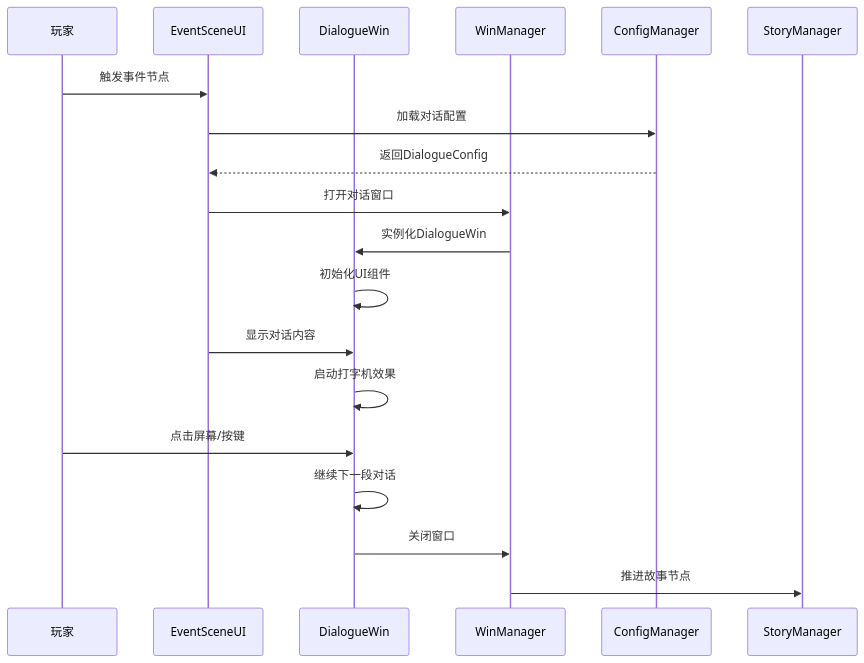
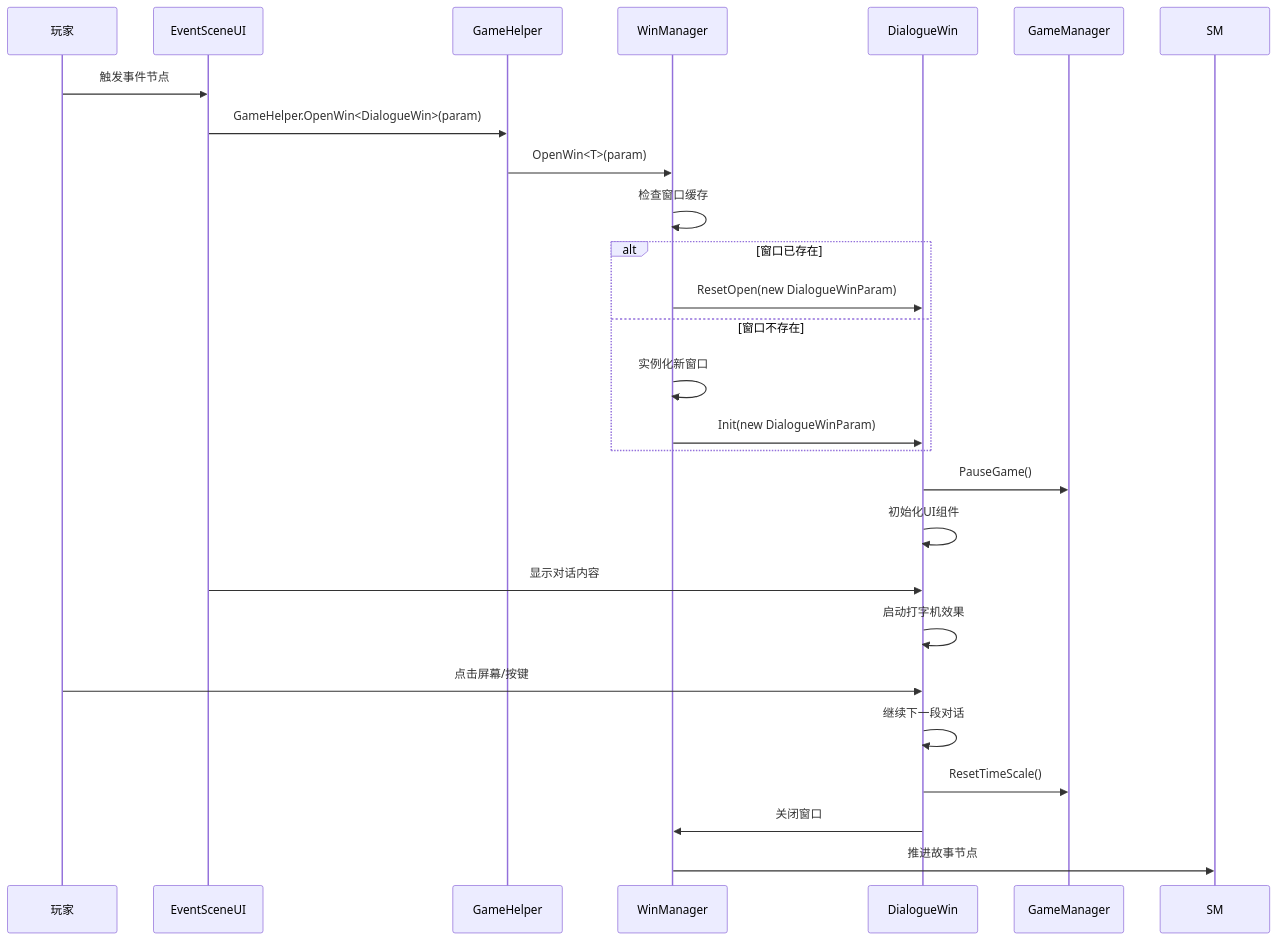
Before and after one commit to Tuusen/p1_client: the second of 7 diagrams in .qoder/repowiki/zh/content/Dialogue Win.md, drawn with Mermaid. The commit also changed other lines of this file and 21 other files, not shown here.

````diff
--- a/.qoder/repowiki/zh/content/Dialogue Win.md
+++ b/.qoder/repowiki/zh/content/Dialogue Win.md
@@ -135,21 +178,28 @@
 ```mermaid
 sequenceDiagram
 participant Player as 玩家
 participant ES as EventSceneUI
+participant GH as GameHelper
+participant WM as WinManager
 participant DW as DialogueWin
-participant WM as WinManager
-participant CFG as ConfigManager
-participant SM as StoryManager
+participant GM as GameManager
 Player->>ES : 触发事件节点
-ES->>CFG : 加载对话配置
-CFG-->>ES : 返回DialogueConfig
-ES->>WM : 打开对话窗口
-WM->>DW : 实例化DialogueWin
+ES->>GH : GameHelper.OpenWin<DialogueWin>(param)
+GH->>WM : OpenWin<T>(param)
+WM->>WM : 检查窗口缓存
+alt 窗口已存在
+WM->>DW : ResetOpen(new DialogueWinParam)
+else 窗口不存在
+WM->>WM : 实例化新窗口
+WM->>DW : Init(new DialogueWinParam)
+end
+DW->>GM : PauseGame()
 DW->>DW : 初始化UI组件
 ES->>DW : 显示对话内容
 DW->>DW : 启动打字机效果
 Player->>DW : 点击屏幕/按键
 DW->>DW : 继续下一段对话
+DW->>GM : ResetTimeScale()
 DW->>WM : 关闭窗口
 WM->>SM : 推进故事节点
 ```
````
